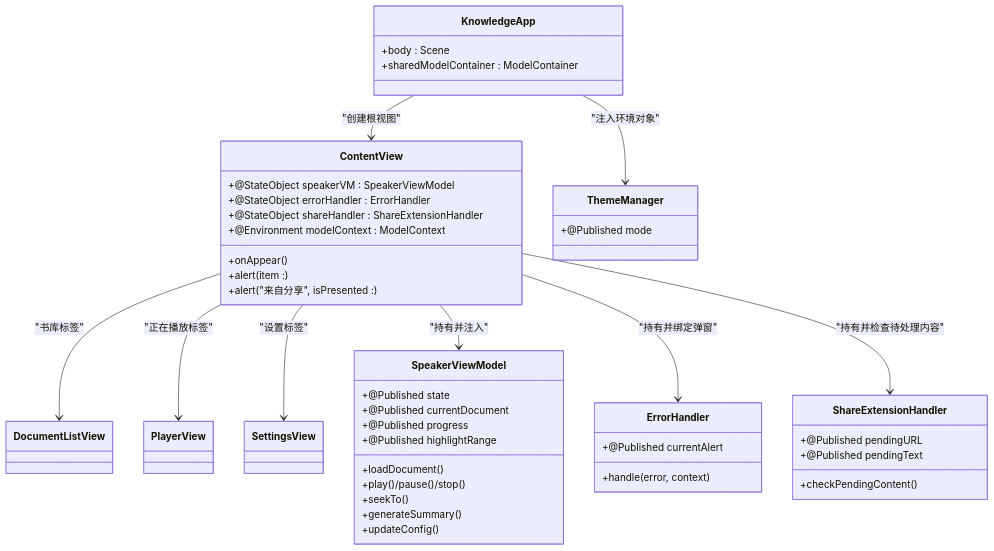
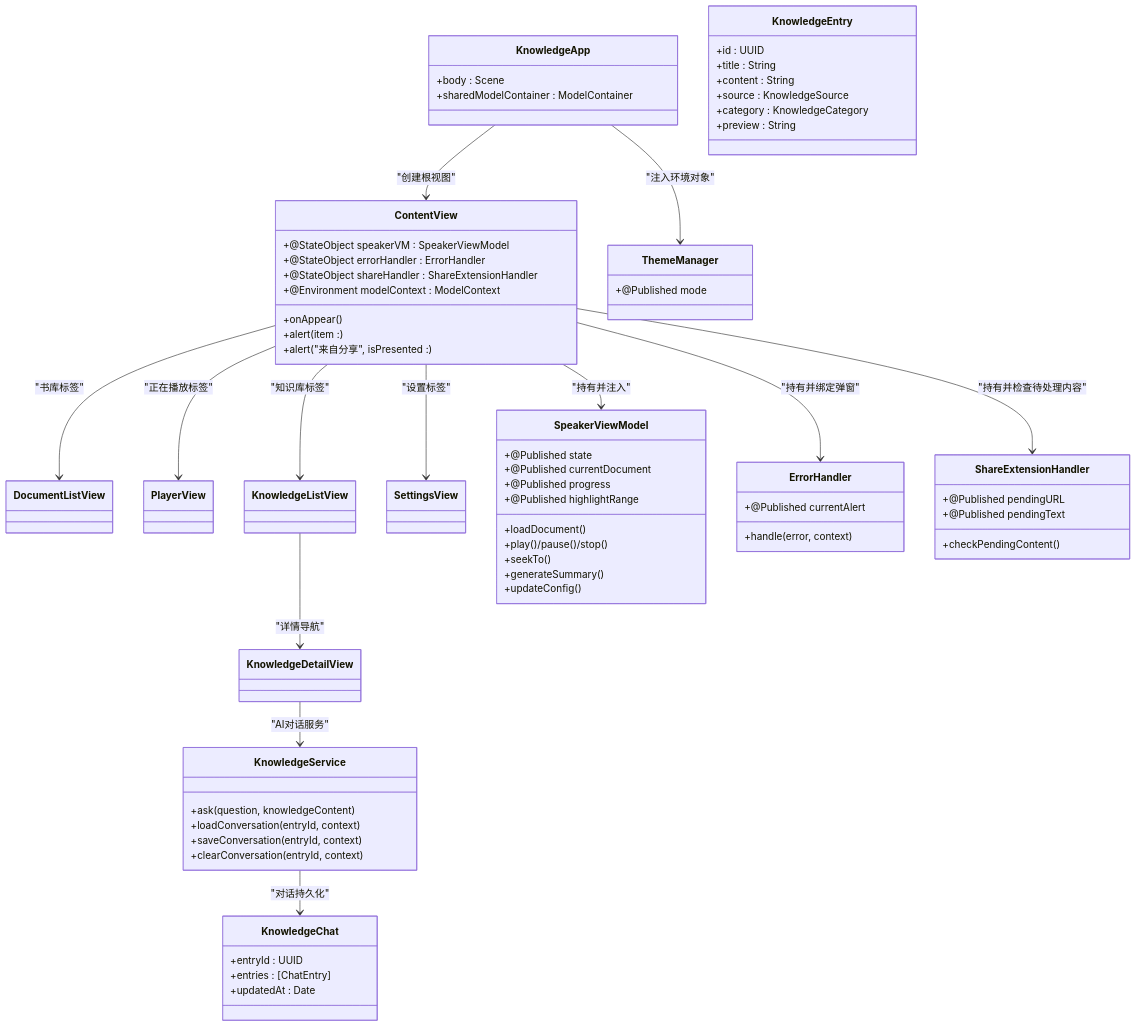
The second of 7 diagrams in .qoder/repowiki/zh/content/用户界面设计/主导航架构.md (Primoguo/Knowledge), drawn with Mermaid before and after one commit. The commit also changed other lines of this file and 24 other files, not shown here.

````diff
--- a/.qoder/repowiki/zh/content/用户界面设计/主导航架构.md
+++ b/.qoder/repowiki/zh/content/用户界面设计/主导航架构.md
@@ -96,50 +115,75 @@
 ```mermaid
 classDiagram
 class KnowledgeApp {
 +body : Scene
 +sharedModelContainer : ModelContainer
 }
 class ContentView {
 +@StateObject speakerVM : SpeakerViewModel
 +@StateObject errorHandler : ErrorHandler
 +@StateObject shareHandler : ShareExtensionHandler
 +@Environment modelContext : ModelContext
 +onAppear()
 +alert(item : )
 +alert("来自分享", isPresented : )
 }
 class DocumentListView
 class PlayerView
+class KnowledgeListView
+class KnowledgeDetailView
 class SettingsView
 class SpeakerViewModel {
 +@Published state
 +@Published currentDocument
 +@Published progress
 +@Published highlightRange
 +loadDocument()
 +play()/pause()/stop()
 +seekTo()
 +generateSummary()
 +updateConfig()
+}
+class KnowledgeService {
++ask(question, knowledgeContent)
++loadConversation(entryId, context)
++saveConversation(entryId, context)
++clearConversation(entryId, context)
 }
 class ErrorHandler {
 +@Published currentAlert
 +handle(error, context)
 }
 class ShareExtensionHandler {
 +@Published pendingURL
 +@Published pendingText
 +checkPendingContent()
 }
 class ThemeManager {
 +@Published mode
 }
+class KnowledgeEntry {
++id : UUID
++title : String
++content : String
++source : KnowledgeSource
++category : KnowledgeCategory
++preview : String
+}
+class KnowledgeChat {
++entryId : UUID
++entries : [ChatEntry]
++updatedAt : Date
+}
 KnowledgeApp --> ContentView : "创建根视图"
 ContentView --> DocumentListView : "书库标签"
 ContentView --> PlayerView : "正在播放标签"
+ContentView --> KnowledgeListView : "知识库标签"
 ContentView --> SettingsView : "设置标签"
+KnowledgeListView --> KnowledgeDetailView : "详情导航"
 ContentView --> SpeakerViewModel : "持有并注入"
 ContentView --> ErrorHandler : "持有并绑定弹窗"
 ContentView --> ShareExtensionHandler : "持有并检查待处理内容"
+KnowledgeDetailView --> KnowledgeService : "AI对话服务"
+KnowledgeService --> KnowledgeChat : "对话持久化"
 KnowledgeApp --> ThemeManager : "注入环境对象"
 ```
````
